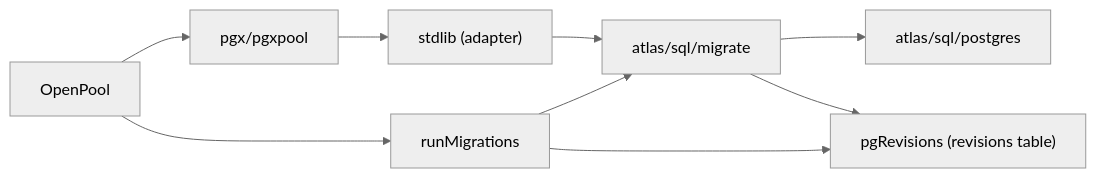
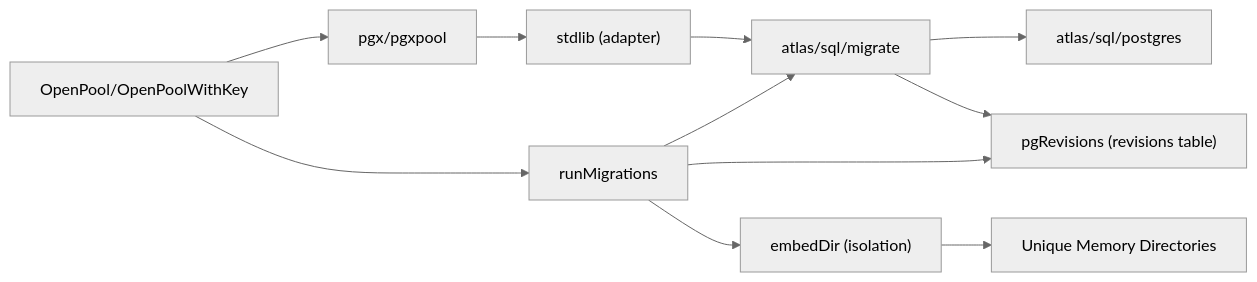
One commit to visdomtech/orcacommon changed the eighth of 8 diagrams in .qoder/repowiki/en/content/PostgreSQL Utilities Module/Migration Management.md. Above: the diagram before and after it, drawn with Mermaid (neutral theme). The commit also changed other lines of this file and 3 other files, not shown here.

````diff
--- a/.qoder/repowiki/en/content/PostgreSQL Utilities Module/Migration Management.md
+++ b/.qoder/repowiki/en/content/PostgreSQL Utilities Module/Migration Management.md
@@ -255,11 +302,13 @@
 ```mermaid
 graph LR
 PGX["pgx/pgxpool"] --> STD["stdlib (adapter)"]
 STD --> ATLAS["atlas/sql/migrate"]
 ATLAS --> POSTGRES["atlas/sql/postgres"]
 ATLAS --> REVTBL["pgRevisions (revisions table)"]
-OPENPOOL["OpenPool"] --> PGX
+OPENPOOL["OpenPool/OpenPoolWithKey"] --> PGX
 OPENPOOL --> RUNMIGR["runMigrations"]
 RUNMIGR --> ATLAS
 RUNMIGR --> REVTBL
+RUNMIGR --> MEMDIR["embedDir (isolation)"]
+MEMDIR --> UNIQUE["Unique Memory Directories"]
 ```
````
